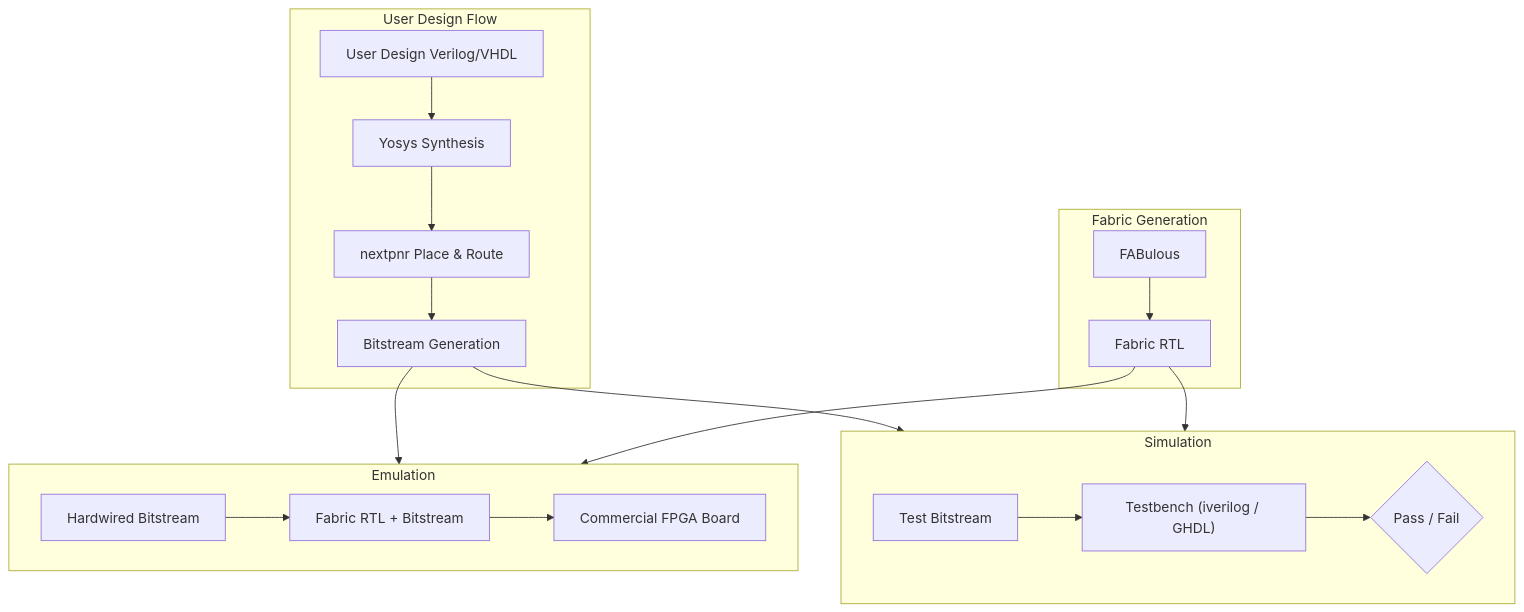
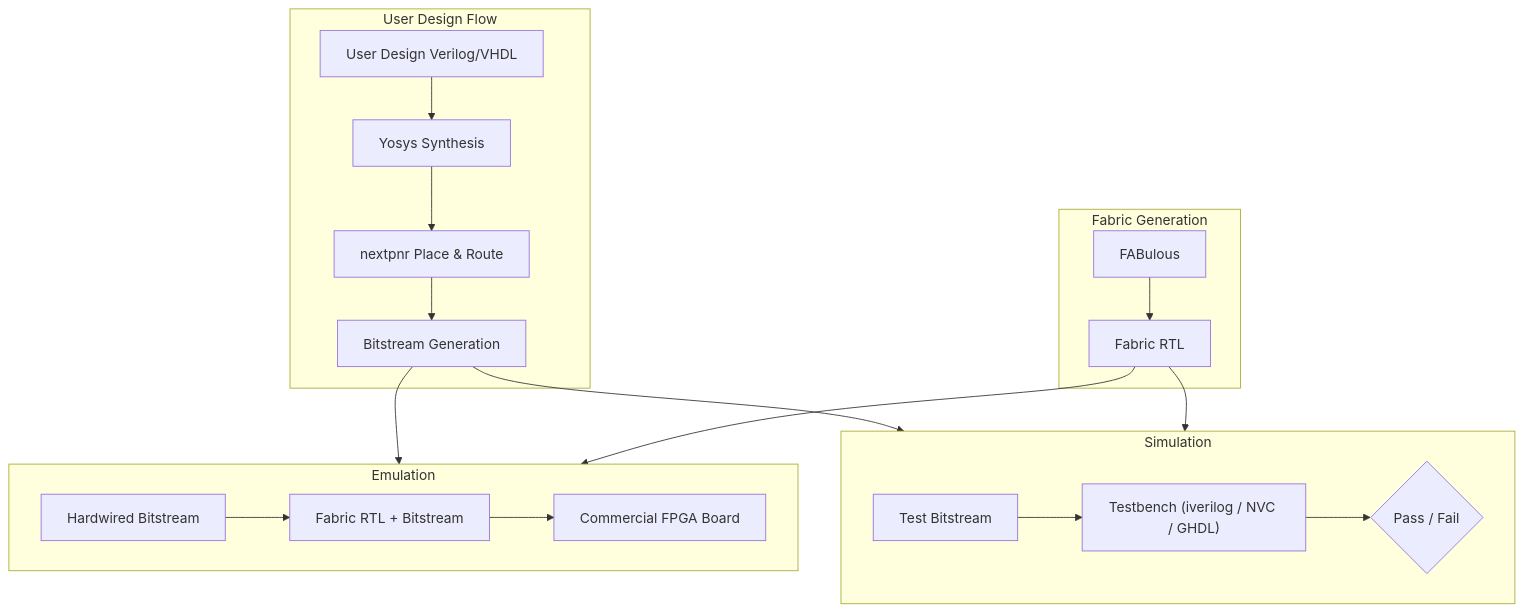
One commit to KelvinChung2000/FABulous changed the first of 2 diagrams in docs/source/user_guide/simulation/simulation.md. Above: the diagram before and after it, drawn with Mermaid. The commit also changed other lines of this file and 14 other files, not shown here.

First line of the commit message:
feat: make NVC the default VHDL simulator (GHDL is fallback) (#714)

````diff
--- a/docs/source/user_guide/simulation/simulation.md
+++ b/docs/source/user_guide/simulation/simulation.md
@@ -8,29 +8,29 @@
 ```{mermaid}
 flowchart TB
     subgraph design ["User Design Flow"]
         A[User Design Verilog/VHDL] --> B[Yosys Synthesis]
         B --> C[nextpnr Place & Route]
         C --> D[Bitstream Generation]
     end
 
     subgraph fabric ["Fabric Generation"]
         F[FABulous] --> G[Fabric RTL]
     end
 
     subgraph sim ["Simulation"]
         direction LR
-        E[Test Bitstream] --> H["Testbench (iverilog / GHDL)"]
+        E[Test Bitstream] --> H["Testbench (iverilog / NVC / GHDL)"]
         H --> I{Pass / Fail}
     end
 
     subgraph emu ["Emulation"]
         direction LR
         J[Hardwired Bitstream] --> K[Fabric RTL + Bitstream]
         K --> L[Commercial FPGA Board]
     end
 
     D --> E
     D --> J
     G --> H
     G --> K
 ```
````
